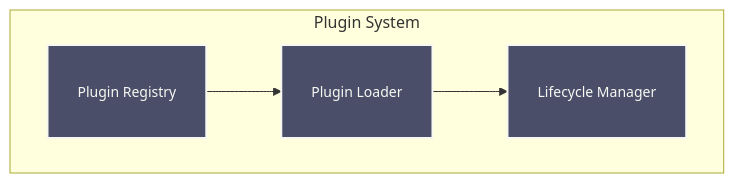
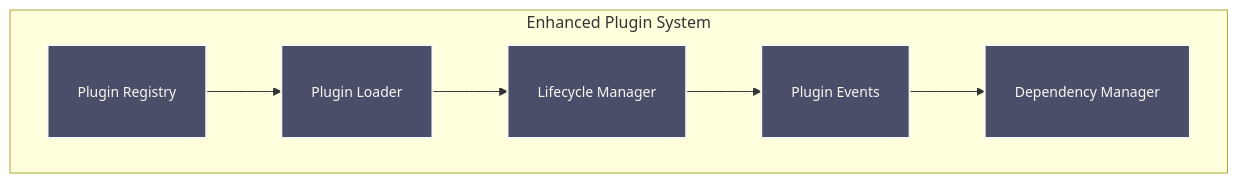
Before and after one commit to Hydepwns/raxol: the sixth of 9 diagrams in docs/ARCHITECTURE.md, drawn with Mermaid. The commit also changed other lines of this file and 2 other files, not shown here.

First line of the commit message:
docs: update documentation for recent system enhancements

````diff
--- a/docs/ARCHITECTURE.md
+++ b/docs/ARCHITECTURE.md
@@ -168,14 +196,18 @@
 ```mermaid
 graph TB
-    subgraph PluginSystem["Plugin System"]
+    subgraph PluginSystem["Enhanced Plugin System"]
         Registry[Plugin Registry]
         Loader[Plugin Loader]
         Lifecycle[Lifecycle Manager]
+        Events[Plugin Events]
+        Dependencies[Dependency Manager]
     end
 
     Registry --> Loader
     Loader --> Lifecycle
+    Lifecycle --> Events
+    Events --> Dependencies
 
     classDef component fill:#4a4e69,stroke:#f8f8f2,stroke-width:2px,color:#f8f8f2,font-size:14px,padding:6px;
-    class Registry,Loader,Lifecycle component;
+    class Registry,Loader,Lifecycle,Events,Dependencies component;
 ```
````
